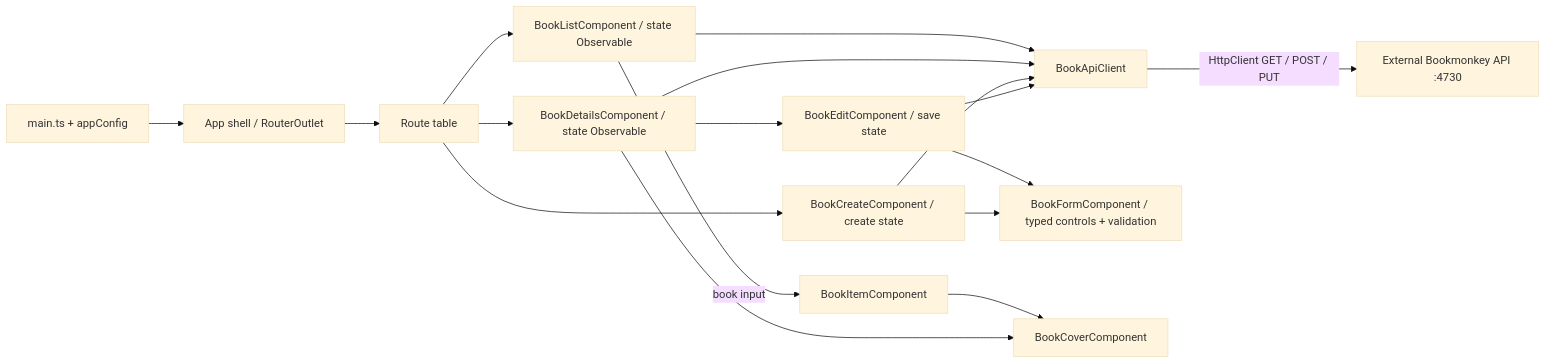
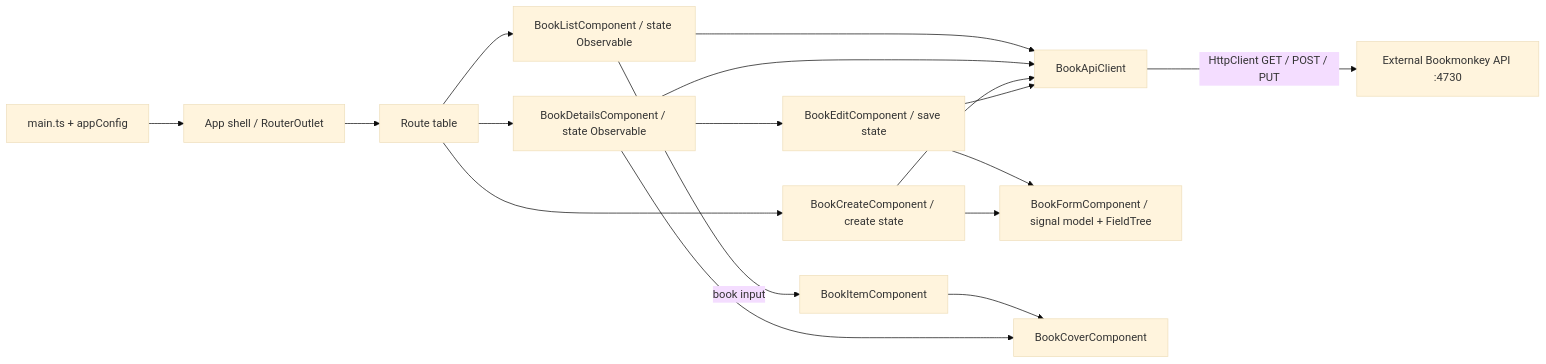
Before and after one commit to EHerche/ki-software-engineer: the diagram in ARCHITECTURE.md, drawn with Mermaid (base theme). The commit also changed other lines of this file and 6 other files, not shown here.

Commit message:
feat: migrate book forms to Angular Signal Forms

````diff
--- a/ARCHITECTURE.md
+++ b/ARCHITECTURE.md
@@ -63,19 +63,19 @@
 ```mermaid
 flowchart LR
   Main[main.ts + appConfig] --> App[App shell / RouterOutlet]
   App --> Routes[Route table]
   Routes --> List[BookListComponent / state Observable]
   Routes --> Details[BookDetailsComponent / state Observable]
   List --> API[BookApiClient]
   Details --> API
   Details --> Editor[BookEditComponent / save state]
-  Editor --> Form[BookFormComponent / typed controls + validation]
+  Editor --> Form[BookFormComponent / signal model + FieldTree]
   Routes --> Create[BookCreateComponent / create state]
   Create --> Form
   Create --> API
   Editor --> API
   API -->|HttpClient GET / POST / PUT| Backend[External Bookmonkey API :4730]
   List -->|book input| Card[BookItemComponent]
   Card --> Cover[BookCoverComponent]
   Details --> Cover
 ```
````
